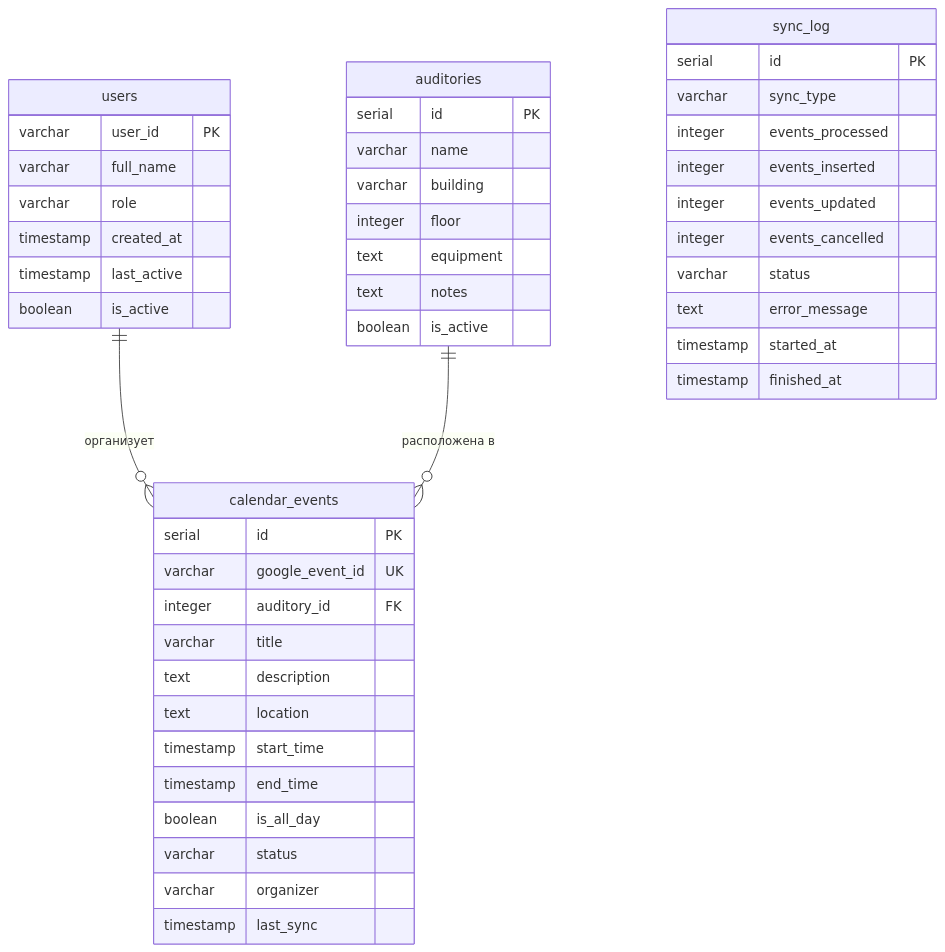
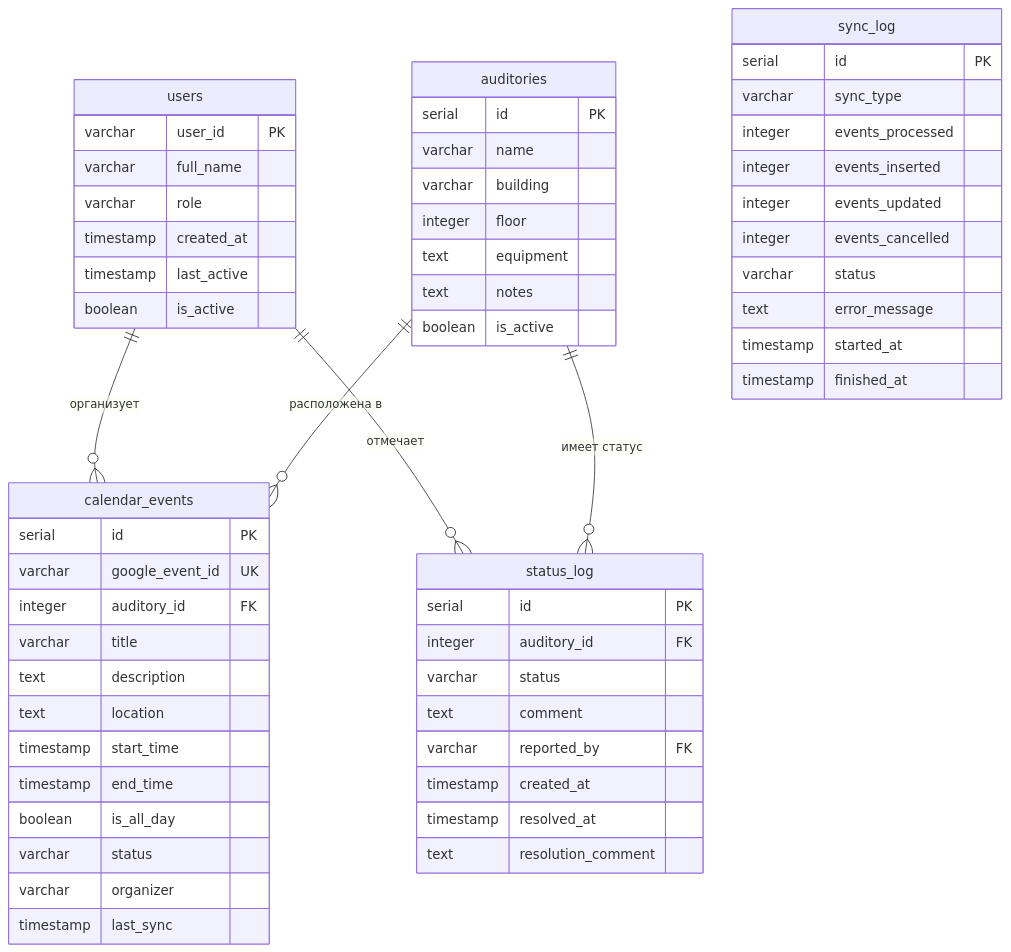
One commit to Nimos95/otskvm-vk-teams-bot changed the diagram in README.md. Above: the diagram before and after it, drawn with Mermaid. The commit also changed other lines of this file, not shown here.

````diff
--- a/README.md
+++ b/README.md
@@ -274,48 +287,60 @@
 ```mermaid
 erDiagram
     users ||--o{ calendar_events : "организует"
+    users ||--o{ status_log : "отмечает"
     auditories ||--o{ calendar_events : "расположена в"
+    auditories ||--o{ status_log : "имеет статус"
     users {
         varchar user_id PK
         varchar full_name
         varchar role
         timestamp created_at
         timestamp last_active
         boolean is_active
+    }
+    status_log {
+        serial id PK
+        integer auditory_id FK
+        varchar status
+        text comment
+        varchar reported_by FK
+        timestamp created_at
+        timestamp resolved_at
+        text resolution_comment
     }
     calendar_events {
         serial id PK
         varchar google_event_id UK
         integer auditory_id FK
         varchar title
         text description
         text location
         timestamp start_time
         timestamp end_time
         boolean is_all_day
         varchar status
         varchar organizer
         timestamp last_sync
     }
     auditories {
         serial id PK
         varchar name
         varchar building
         integer floor
         text equipment
         text notes
         boolean is_active
     }
     sync_log {
         serial id PK
         varchar sync_type
         integer events_processed
         integer events_inserted
         integer events_updated
         integer events_cancelled
         varchar status
         text error_message
         timestamp started_at
         timestamp finished_at
     }
 ```
````
